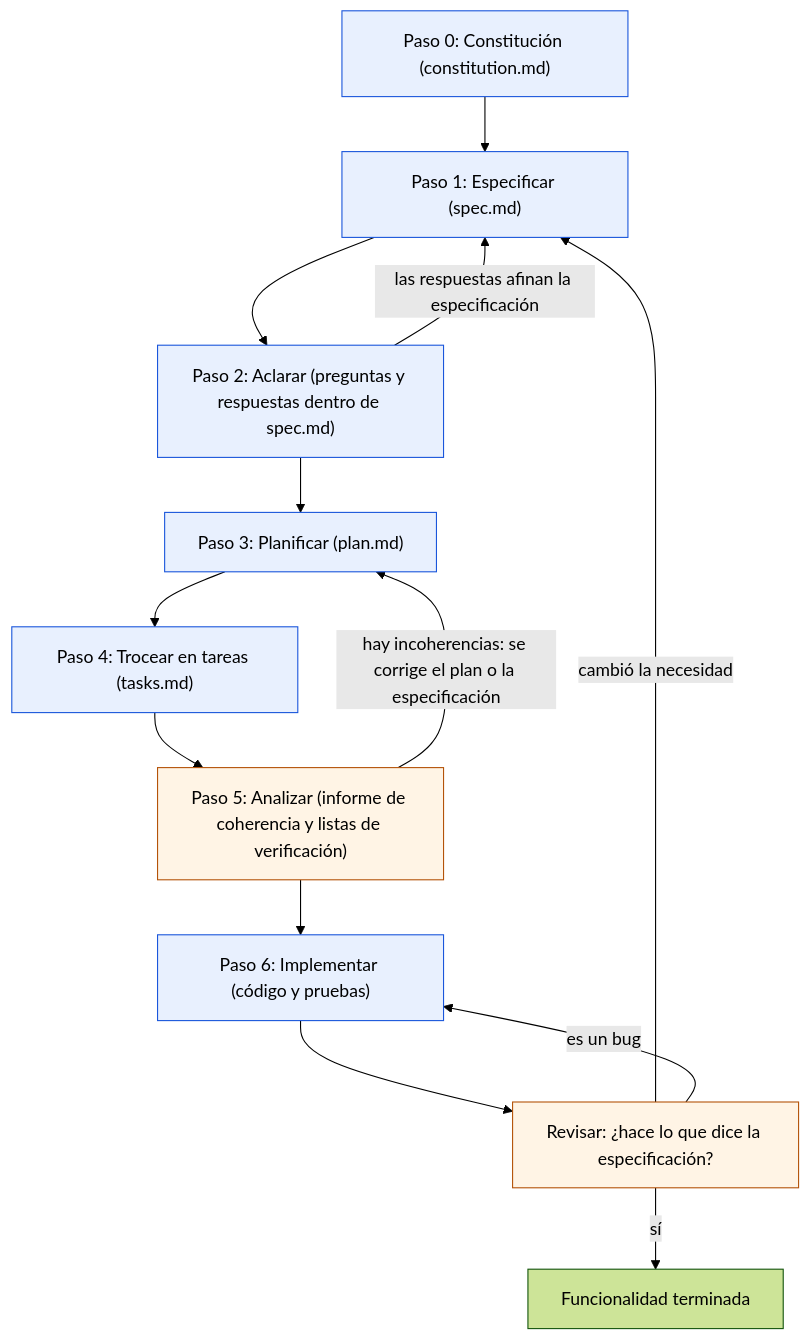
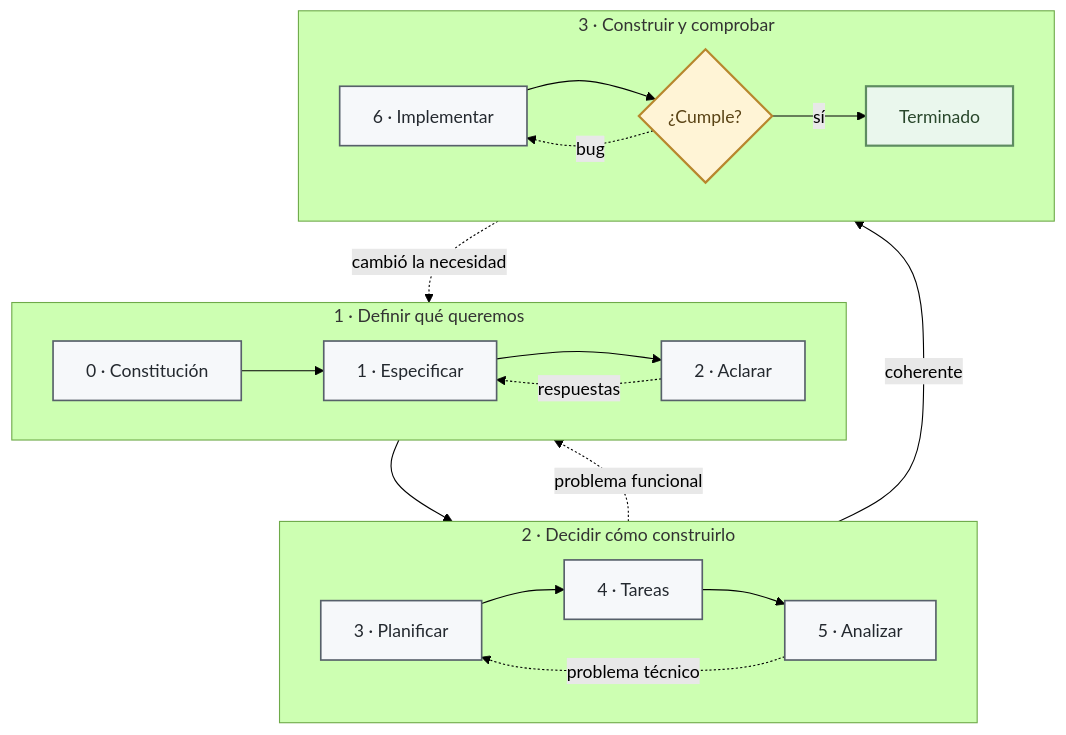
Before and after one commit to antroc/charla-sdd: the diagram in docs/03-el-flujo-paso-a-paso.md, drawn with Mermaid (forest theme). The commit also changed 3 other files, not shown here.

Commit message:
Simplificar los diagramas principales de la documentacion

````diff
--- a/docs/03-el-flujo-paso-a-paso.md
+++ b/docs/03-el-flujo-paso-a-paso.md
@@ -31,22 +31,34 @@
 ```mermaid
-flowchart TD
-  P0["Paso 0: Constitución (constitution.md)"]
-  P1["Paso 1: Especificar (spec.md)"]
-  P2["Paso 2: Aclarar (preguntas y respuestas dentro de spec.md)"]
-  P3["Paso 3: Planificar (plan.md)"]
-  P4["Paso 4: Trocear en tareas (tasks.md)"]
-  P5["Paso 5: Analizar (informe de coherencia y listas de verificación)"]
-  P6["Paso 6: Implementar (código y pruebas)"]
-  R["Revisar: ¿hace lo que dice la especificación?"]
-  OK["Funcionalidad terminada"]
-  P0 --> P1 --> P2 --> P3 --> P4 --> P5 --> P6 --> R
-  R -->|"sí"| OK
-  R -->|"cambió la necesidad"| P1
-  R -->|"es un bug"| P6
-  P2 -->|"las respuestas afinan la especificación"| P1
-  P5 -->|"hay incoherencias: se corrige el plan o la especificación"| P3
-  classDef artefacto fill:#E8F0FE,stroke:#1A56DB;
-  classDef control fill:#FFF4E5,stroke:#B45309;
-  class P0,P1,P2,P3,P4,P6 artefacto;
-  class P5,R control;
+flowchart TB
+  subgraph definir["1 · Definir qué queremos"]
+    direction LR
+    P0["0 · Constitución"] --> P1["1 · Especificar"] --> P2["2 · Aclarar"]
+  end
+
+  subgraph disenar["2 · Decidir cómo construirlo"]
+    direction LR
+    P3["3 · Planificar"] --> P4["4 · Tareas"] --> P5["5 · Analizar"]
+  end
+
+  subgraph construir["3 · Construir y comprobar"]
+    direction LR
+    P6["6 · Implementar"] --> R{"¿Cumple?"}
+    R -->|"sí"| OK["Terminado"]
+  end
+
+  P2 --> P3
+  P5 -->|"coherente"| P6
+
+  P2 -.->|"respuestas"| P1
+  P5 -.->|"problema funcional"| P1
+  P5 -.->|"problema técnico"| P3
+  R -.->|"cambió la necesidad"| P1
+  R -.->|"bug"| P6
+
+  classDef step fill:#F6F8FA,stroke:#57606A,stroke-width:1.5px,color:#24292F;
+  classDef check fill:#FFF4D6,stroke:#B8872D,stroke-width:2px,color:#5A4315;
+  classDef done fill:#EAF7ED,stroke:#5E8C61,stroke-width:2px,color:#29472B;
+  class P0,P1,P2,P3,P4,P5,P6 step;
+  class R check;
+  class OK done;
 ```
````
